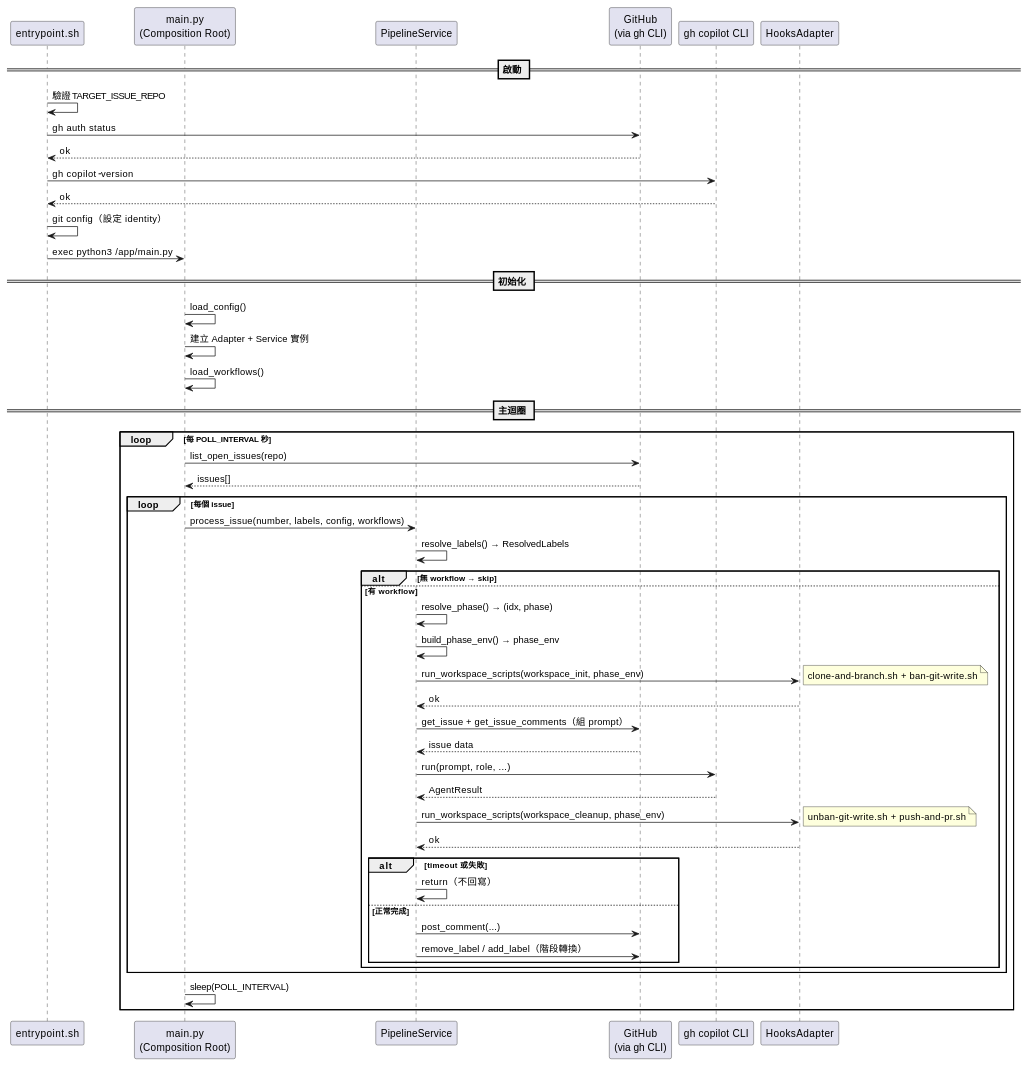
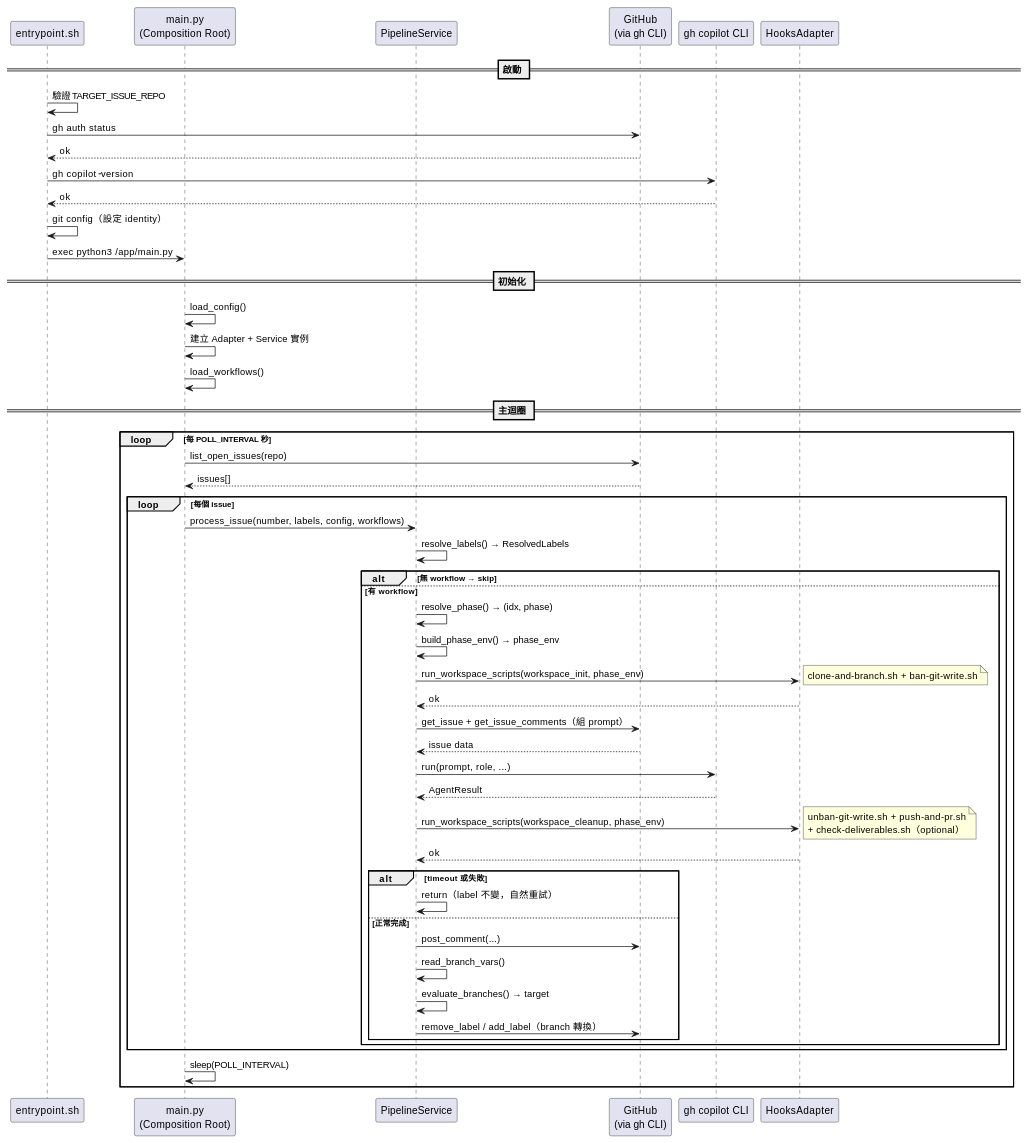
Before and after one commit to FATESAIKOU/LearnGhAgent: the diagram in docs/03-basic-design.md, drawn with PlantUML. The commit also changed other lines of this file and 9 other files, not shown here.

````diff
--- a/docs/03-basic-design.md
+++ b/docs/03-basic-design.md
@@ -655,65 +677,67 @@
 ```plantuml
 @startuml
 skinparam defaultFontName sans-serif
 
 participant "entrypoint.sh" as EP
 participant "main.py\n(Composition Root)" as MAIN
 participant "PipelineService" as PS
 participant "GitHub\n(via gh CLI)" as GH
 participant "gh copilot CLI" as Agent
 participant "HooksAdapter" as HOOKS
 
 == 啟動 ==
 EP -> EP : 驗證 TARGET_ISSUE_REPO
 EP -> GH : gh auth status
 GH --> EP : ok
 EP -> Agent : gh copilot -- --version
 Agent --> EP : ok
 EP -> EP : git config（設定 identity）
 EP -> MAIN : exec python3 /app/main.py
 
 == 初始化 ==
 MAIN -> MAIN : load_config()
 MAIN -> MAIN : 建立 Adapter + Service 實例
 MAIN -> MAIN : load_workflows()
 
 == 主迴圈 ==
 loop 每 POLL_INTERVAL 秒
     MAIN -> GH : list_open_issues(repo)
     GH --> MAIN : issues[]
 
     loop 每個 issue
         MAIN -> PS : process_issue(number, labels, config, workflows)
 
         PS -> PS : resolve_labels() → ResolvedLabels
 
         alt 無 workflow → skip
         else 有 workflow
             PS -> PS : resolve_phase() → (idx, phase)
             PS -> PS : build_phase_env() → phase_env
             PS -> HOOKS : run_workspace_scripts(workspace_init, phase_env)
             note right: clone-and-branch.sh + ban-git-write.sh
             HOOKS --> PS : ok
             PS -> GH : get_issue + get_issue_comments（組 prompt）
             GH --> PS : issue data
             PS -> Agent : run(prompt, role, ...)
             Agent --> PS : AgentResult
 
             PS -> HOOKS : run_workspace_scripts(workspace_cleanup, phase_env)
-            note right: unban-git-write.sh + push-and-pr.sh
+            note right: unban-git-write.sh + push-and-pr.sh\n+ check-deliverables.sh（optional）
             HOOKS --> PS : ok
 
             alt timeout 或失敗
-                PS -> PS : return（不回寫）
+                PS -> PS : return（label 不變，自然重試）
             else 正常完成
                 PS -> GH : post_comment(...)
-                PS -> GH : remove_label / add_label（階段轉換）
+                PS -> PS : read_branch_vars()
+                PS -> PS : evaluate_branches() → target
+                PS -> GH : remove_label / add_label（branch 轉換）
             end
         end
     end
 
     MAIN -> MAIN : sleep(POLL_INTERVAL)
 end
 
 @enduml
 ```
````
